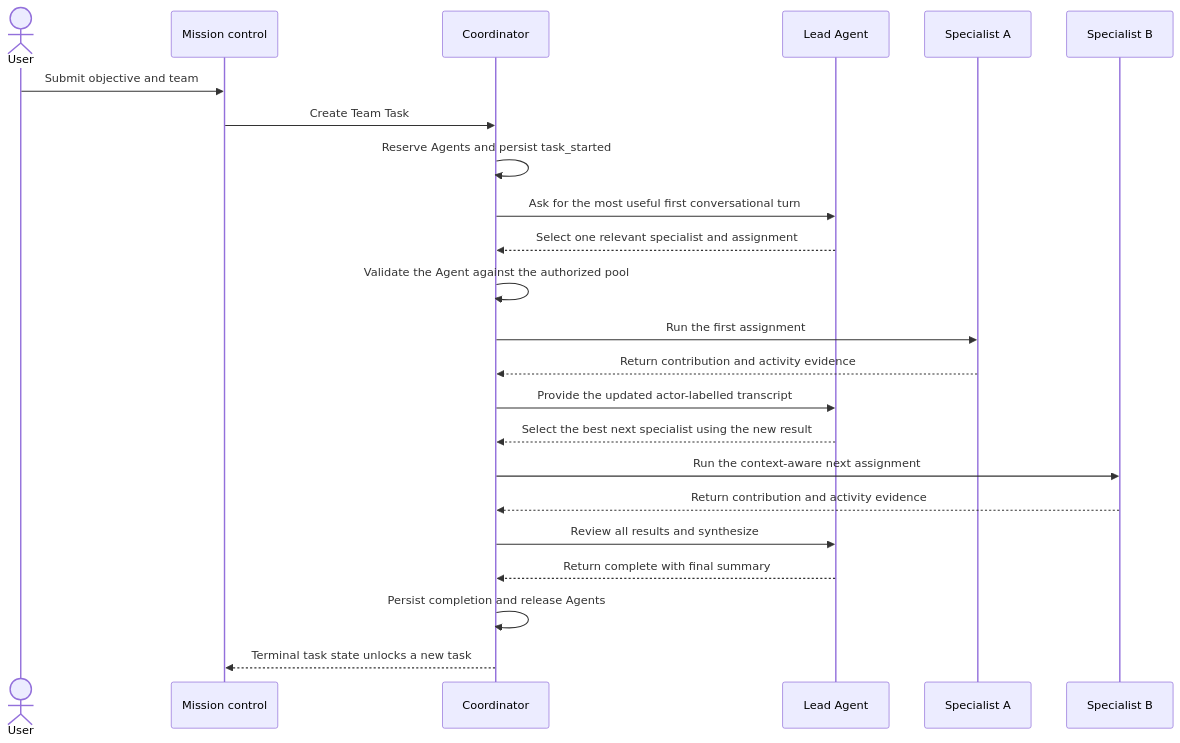
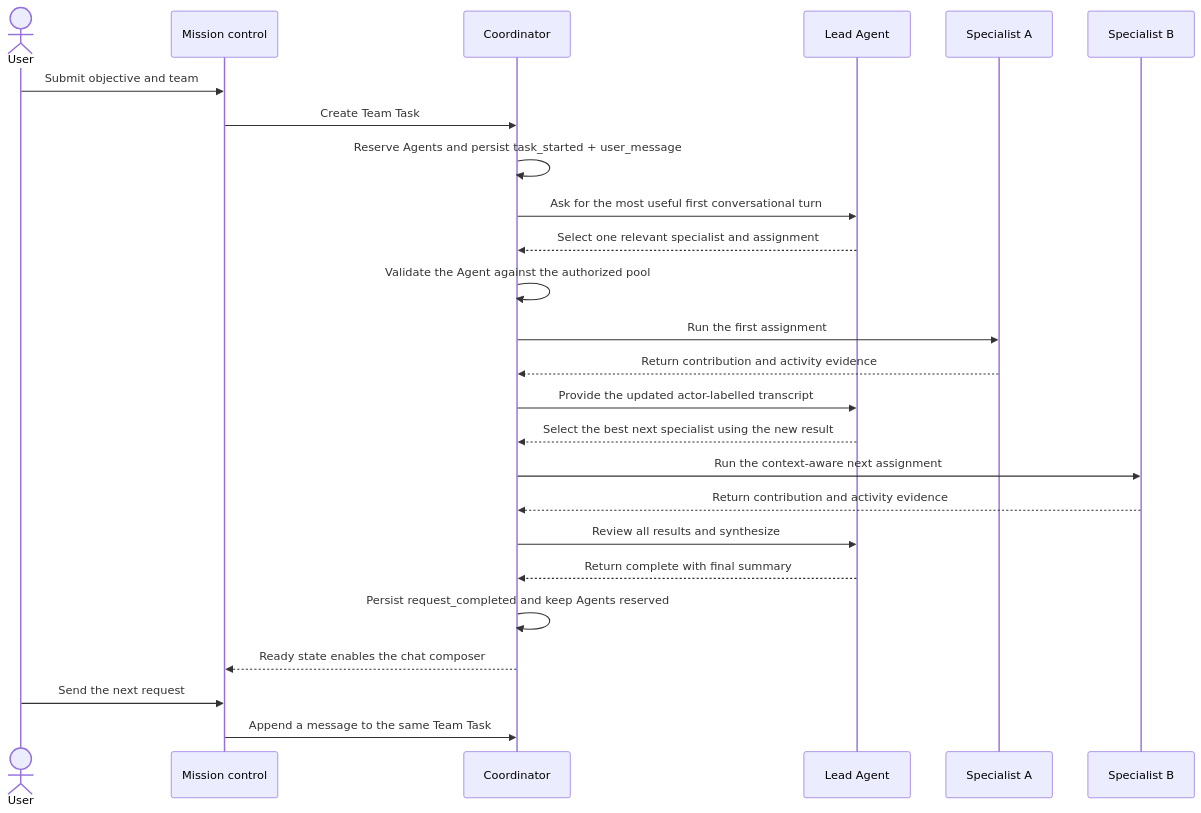
One commit to waiyeeyuen/SmallPotato changed the second of 2 diagrams in docs/COORDINATION_ARCHITECTURE.md. Above: the diagram before and after it, drawn with Mermaid. The commit also changed other lines of this file and 14 other files, not shown here.

Commit message:
Added chat continuation feature for multiagent and removed task text and lead agent messages from chat box

````diff
--- a/docs/COORDINATION_ARCHITECTURE.md
+++ b/docs/COORDINATION_ARCHITECTURE.md
@@ -29,26 +30,28 @@
 ```mermaid
 sequenceDiagram
   actor User
   participant UI as Mission control
   participant C as Coordinator
   participant L as Lead Agent
   participant A as Specialist A
   participant B as Specialist B
 
   User->>UI: Submit objective and team
   UI->>C: Create Team Task
-  C->>C: Reserve Agents and persist task_started
+  C->>C: Reserve Agents and persist task_started + user_message
   C->>L: Ask for the most useful first conversational turn
   L-->>C: Select one relevant specialist and assignment
   C->>C: Validate the Agent against the authorized pool
   C->>A: Run the first assignment
   A-->>C: Return contribution and activity evidence
   C->>L: Provide the updated actor-labelled transcript
   L-->>C: Select the best next specialist using the new result
   C->>B: Run the context-aware next assignment
   B-->>C: Return contribution and activity evidence
   C->>L: Review all results and synthesize
   L-->>C: Return complete with final summary
-  C->>C: Persist completion and release Agents
-  C-->>UI: Terminal task state unlocks a new task
+  C->>C: Persist request_completed and keep Agents reserved
+  C-->>UI: Ready state enables the chat composer
+  User->>UI: Send the next request
+  UI->>C: Append a message to the same Team Task
 ```
````
